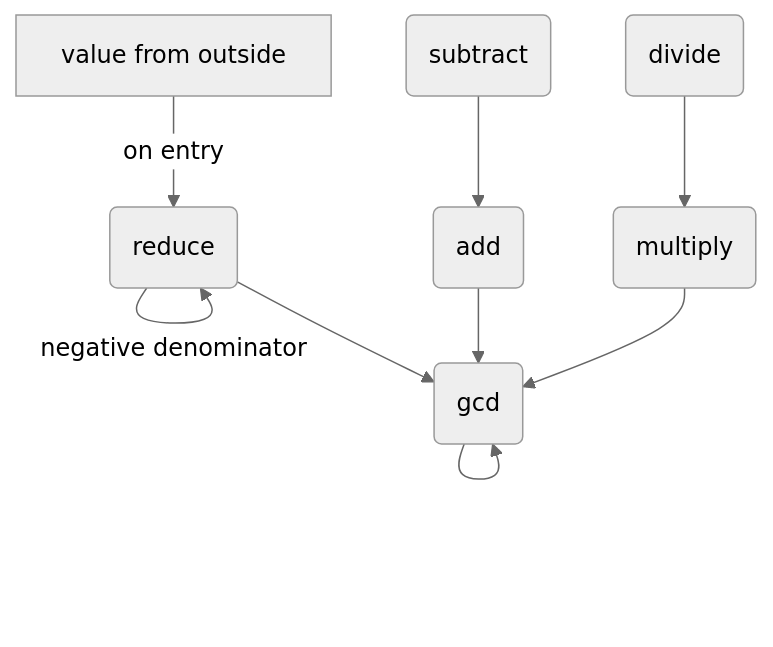
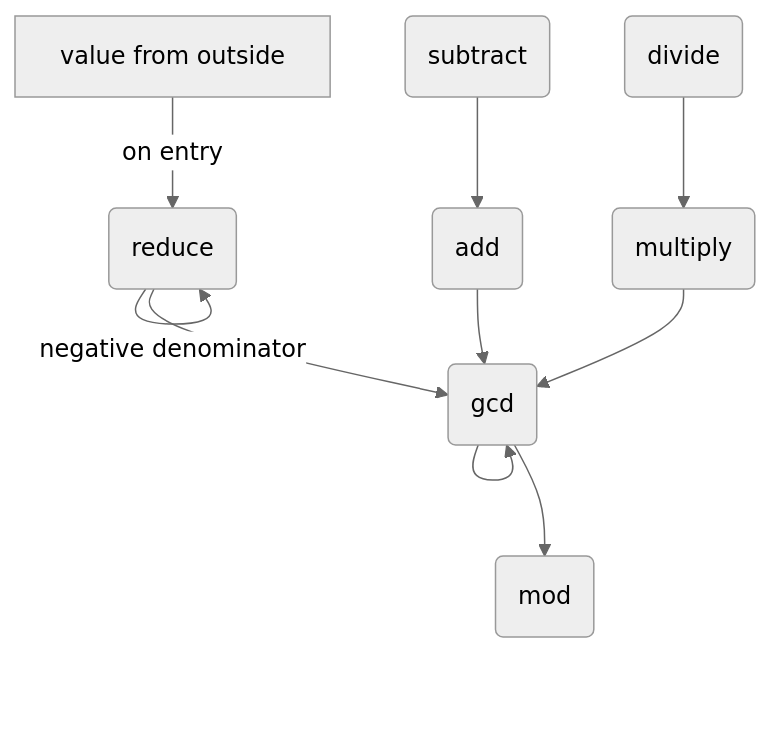
One commit to andy-emerson/Erdos changed the diagram in paper/v0.5.md. Above: the diagram before and after it, drawn with Mermaid. The commit also changed other lines of this file and 3 other files, not shown here.

````diff
--- a/paper/v0.5.md
+++ b/paper/v0.5.md
@@ -794,19 +799,21 @@
 ```mermaid
 %%{init: {'theme': 'neutral'}}%%
 flowchart TB
     entry[value from outside]
     subtract(subtract)
     add(add)
     divide(divide)
     multiply(multiply)
     reduce(reduce)
     gcd(gcd)
+    mod(mod)
     entry -->|"on entry"| reduce
     reduce -->|"negative denominator"| reduce
     subtract --> add
     divide --> multiply
     reduce --> gcd
     add --> gcd
     multiply --> gcd
     gcd --> gcd
+    gcd --> mod
 ```
````
